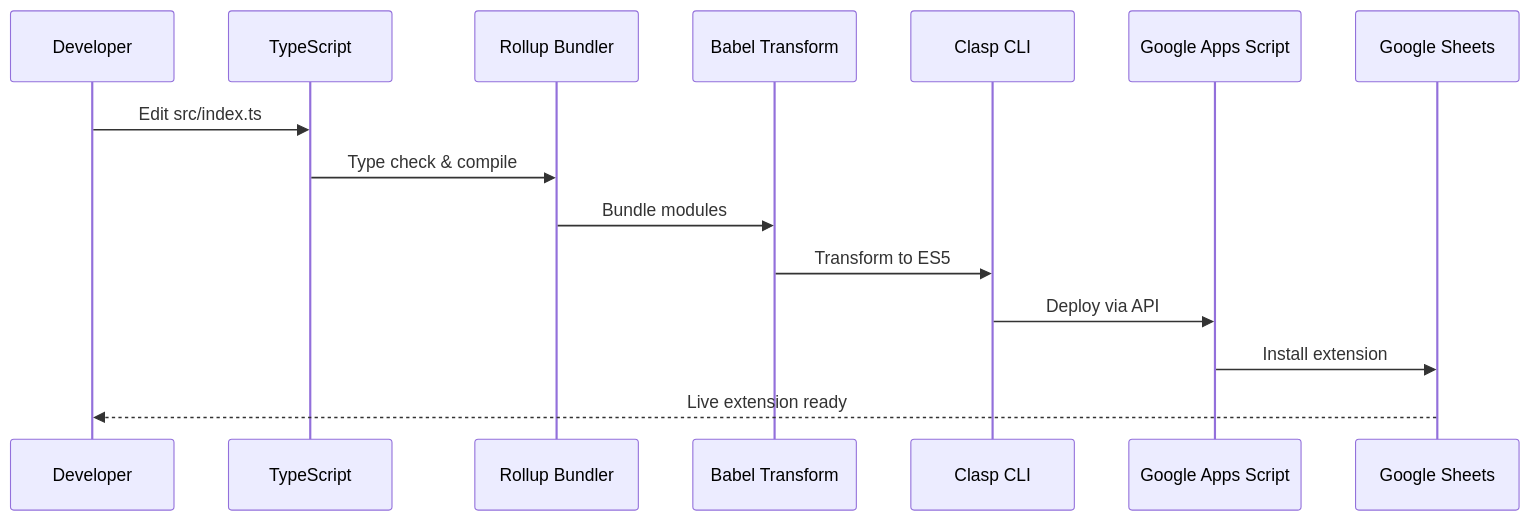
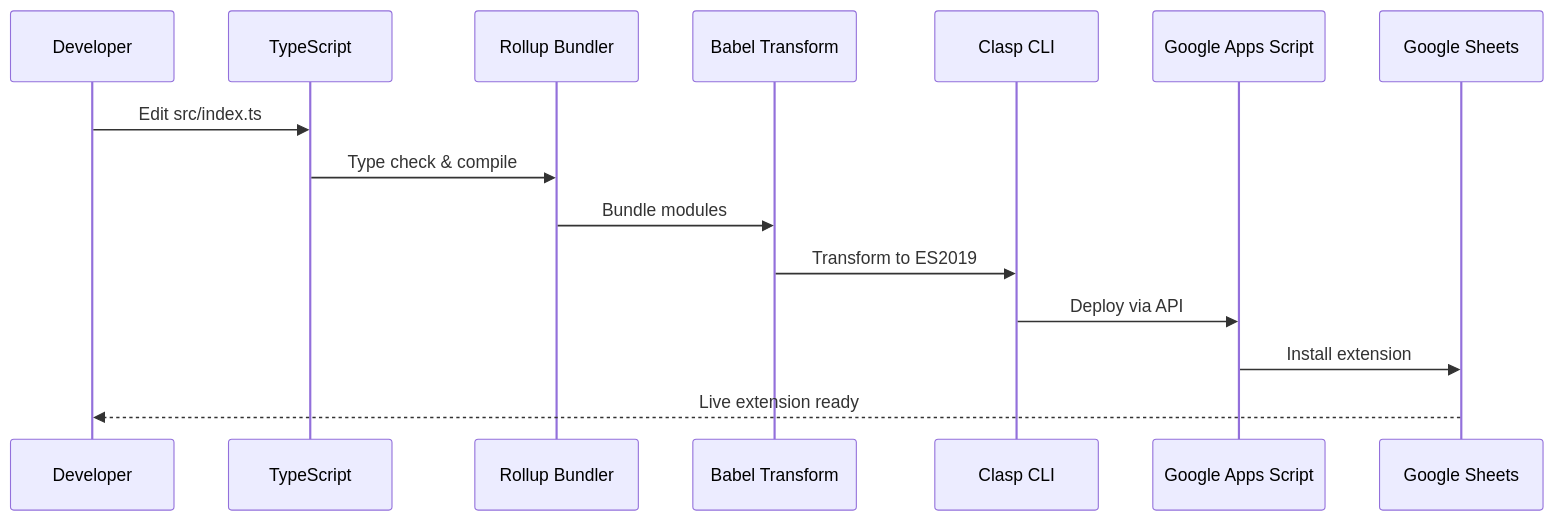
The second of 2 diagrams in TECHNICAL-ARCHITECTURE.md (VivienAdnot/spreadsheet), drawn with Mermaid before and after one commit. The commit also changed other lines of this file, not shown here.

First line of the commit message:
📖 Refine technical architecture documentation

````diff
--- a/TECHNICAL-ARCHITECTURE.md
+++ b/TECHNICAL-ARCHITECTURE.md
@@ -72,18 +71,18 @@
 ```mermaid
 sequenceDiagram
     participant Dev as Developer
     participant TS as TypeScript
     participant Rollup as Rollup Bundler
     participant Babel as Babel Transform
     participant Clasp as Clasp CLI
     participant GAS as Google Apps Script
     participant Sheets as Google Sheets
 
     Dev->>TS: Edit src/index.ts
     TS->>Rollup: Type check & compile
     Rollup->>Babel: Bundle modules
-    Babel->>Clasp: Transform to ES5
+    Babel->>Clasp: Transform to ES2019
     Clasp->>GAS: Deploy via API
     GAS->>Sheets: Install extension
     Sheets-->>Dev: Live extension ready
 ```
````
